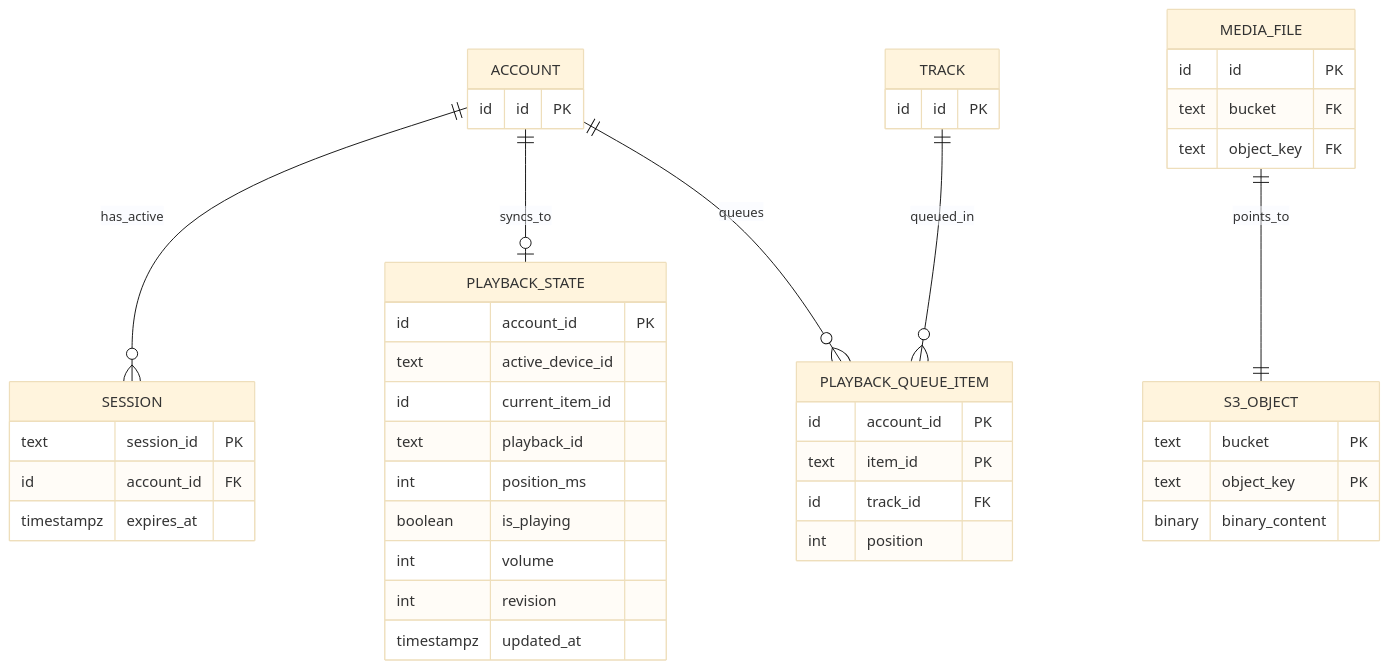
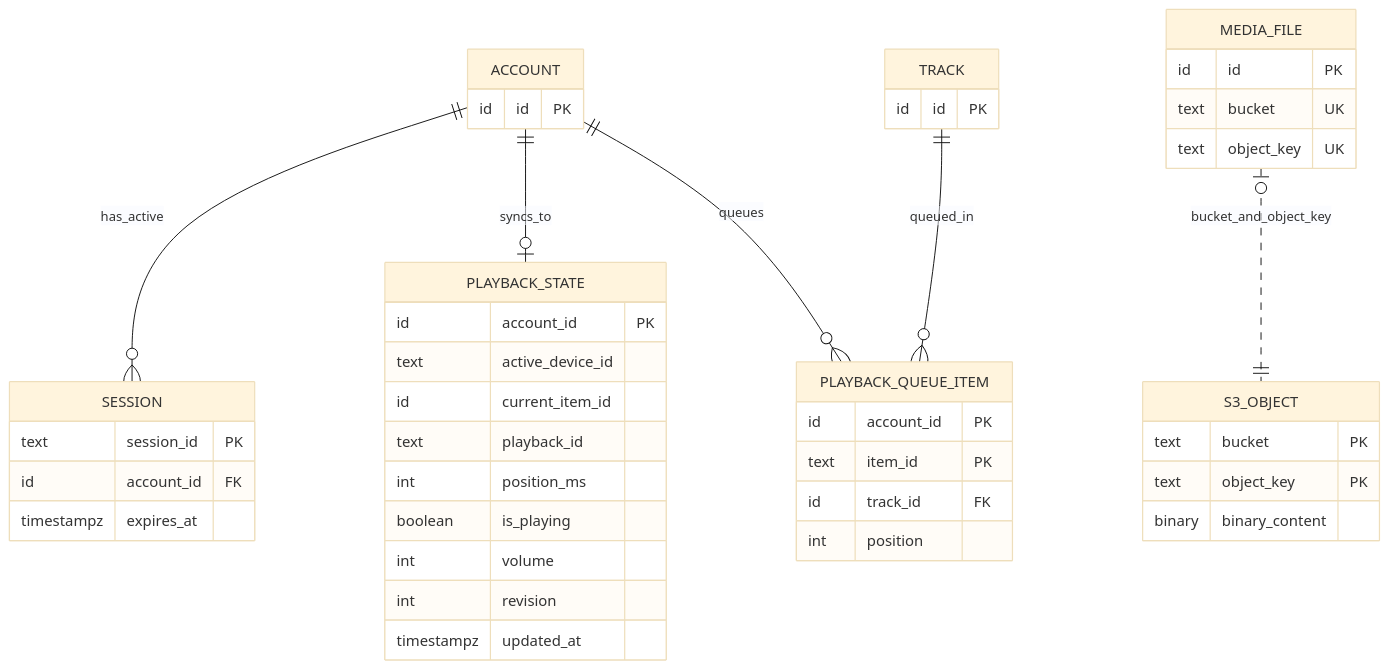
The fourth of 4 diagrams in db/normalized/er.md (go-park-mail-ru/2026_2_Na_Vse_200), drawn with Mermaid (base theme) before and after one commit. The commit also changed other lines of this file and 1 other file, not shown here.

````diff
--- a/db/normalized/er.md
+++ b/db/normalized/er.md
@@ -156,47 +167,47 @@
 ```mermaid
 erDiagram
     ACCOUNT {
         id id PK
     }
     TRACK {
         id id PK
     }
     MEDIA_FILE {
         id id PK
-        text bucket FK
-        text object_key FK
+        text bucket UK
+        text object_key UK
     }
     SESSION {
         text session_id PK
         id account_id FK
         timestampz expires_at
     }
     PLAYBACK_STATE {
         id account_id PK
         text active_device_id
         id current_item_id
         text playback_id
         int position_ms
         boolean is_playing
         int volume
         int revision
         timestampz updated_at
     }
     PLAYBACK_QUEUE_ITEM {
         id account_id PK
         text item_id PK
         id track_id FK
         int position
     }
     S3_OBJECT {
         text bucket PK
         text object_key PK
         binary binary_content
     }
 
     ACCOUNT ||--o{ SESSION : "has_active"
     ACCOUNT ||--o| PLAYBACK_STATE : "syncs_to"
     ACCOUNT ||--o{ PLAYBACK_QUEUE_ITEM : "queues"
     TRACK ||--o{ PLAYBACK_QUEUE_ITEM : "queued_in"
-    MEDIA_FILE ||--|| S3_OBJECT : "points_to"
+    MEDIA_FILE |o..|| S3_OBJECT : "bucket_and_object_key"
 ```
````
